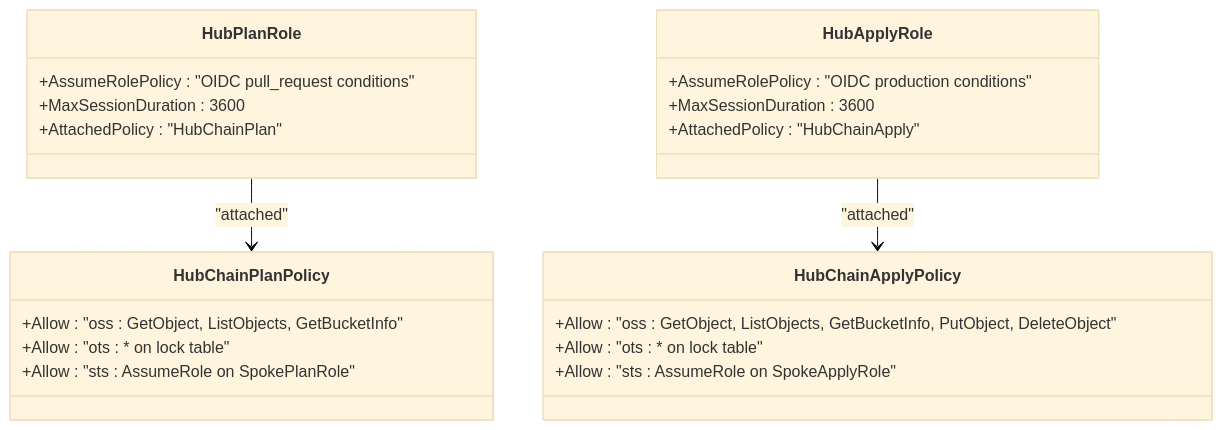
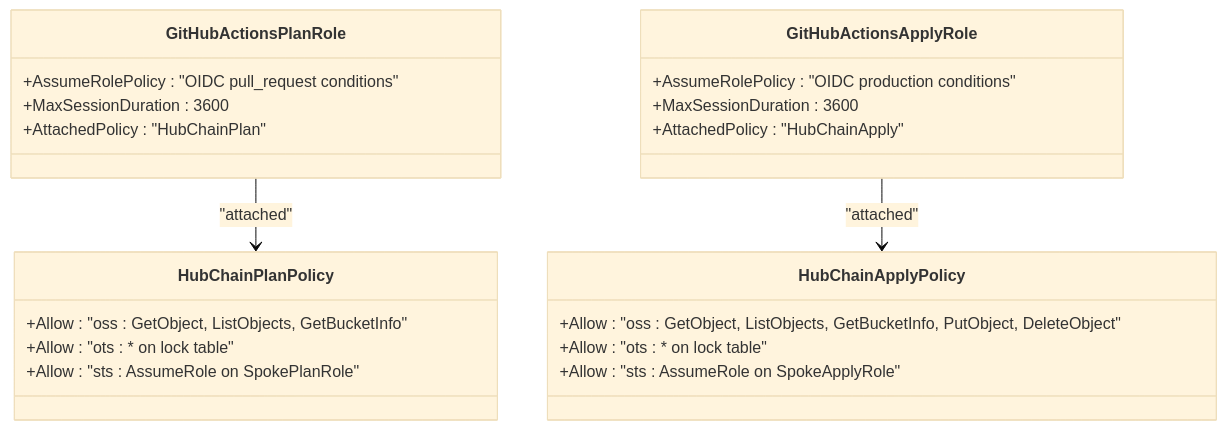
Before and after one commit to AlibabaCloudLandingZone/alibabacloud-landingzone-accelerator-github-demo: the fifth of 9 diagrams in .qoder/repowiki/en/content/Bootstrap Infrastructure/CI_CD Foundation.md, drawn with Mermaid (base theme). The commit also changed other lines of this file and 35 other files, not shown here.

````diff
--- a/.qoder/repowiki/en/content/Bootstrap Infrastructure/CI_CD Foundation.md
+++ b/.qoder/repowiki/en/content/Bootstrap Infrastructure/CI_CD Foundation.md
@@ -240,25 +257,25 @@
 ```mermaid
 classDiagram
-class HubPlanRole {
+class GitHubActionsPlanRole {
 +AssumeRolePolicy : "OIDC pull_request conditions"
 +MaxSessionDuration : 3600
 +AttachedPolicy : "HubChainPlan"
 }
-class HubApplyRole {
+class GitHubActionsApplyRole {
 +AssumeRolePolicy : "OIDC production conditions"
 +MaxSessionDuration : 3600
 +AttachedPolicy : "HubChainApply"
 }
 class HubChainPlanPolicy {
 +Allow : "oss : GetObject, ListObjects, GetBucketInfo"
 +Allow : "ots : * on lock table"
 +Allow : "sts : AssumeRole on SpokePlanRole"
 }
 class HubChainApplyPolicy {
 +Allow : "oss : GetObject, ListObjects, GetBucketInfo, PutObject, DeleteObject"
 +Allow : "ots : * on lock table"
 +Allow : "sts : AssumeRole on SpokeApplyRole"
 }
-HubPlanRole --> HubChainPlanPolicy : "attached"
-HubApplyRole --> HubChainApplyPolicy : "attached"
+GitHubActionsPlanRole --> HubChainPlanPolicy : "attached"
+GitHubActionsApplyRole --> HubChainApplyPolicy : "attached"
 ```
````
